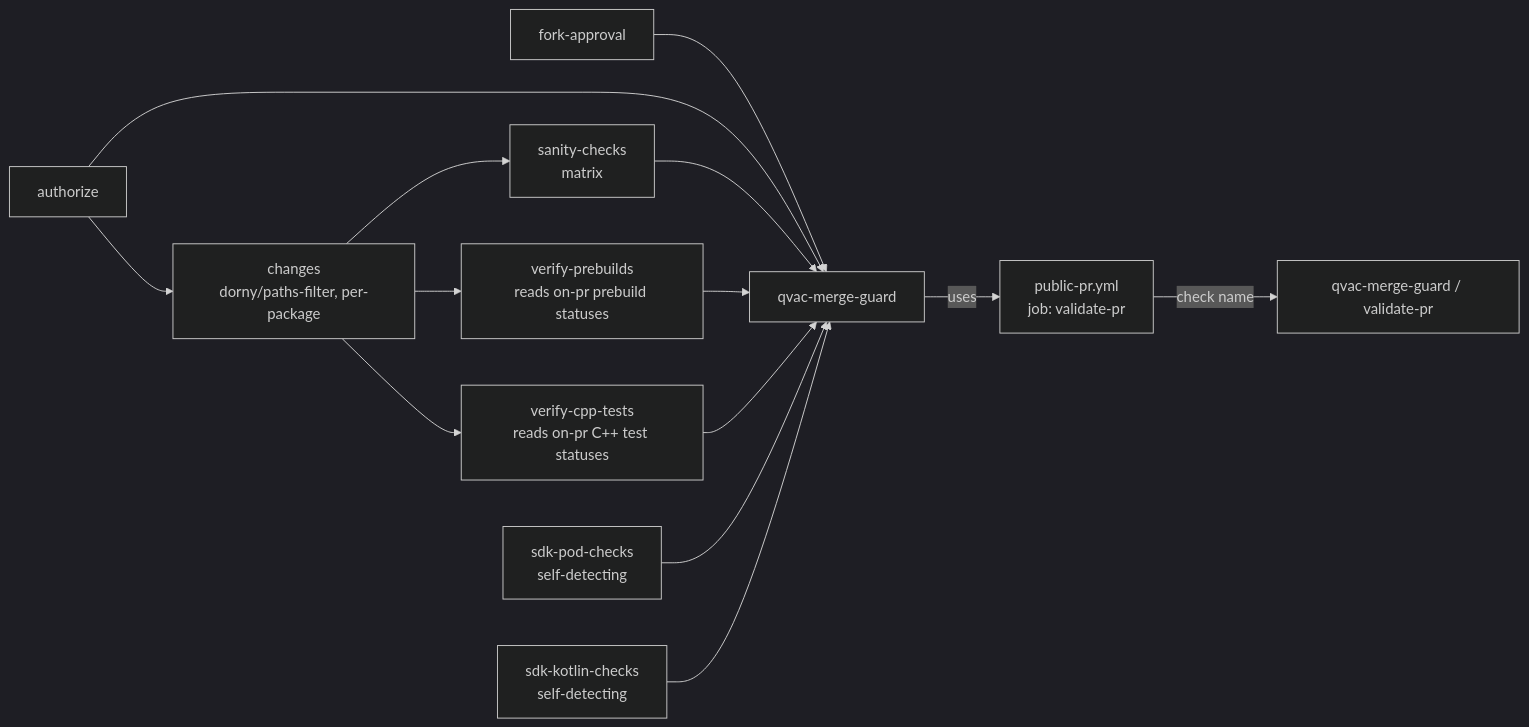
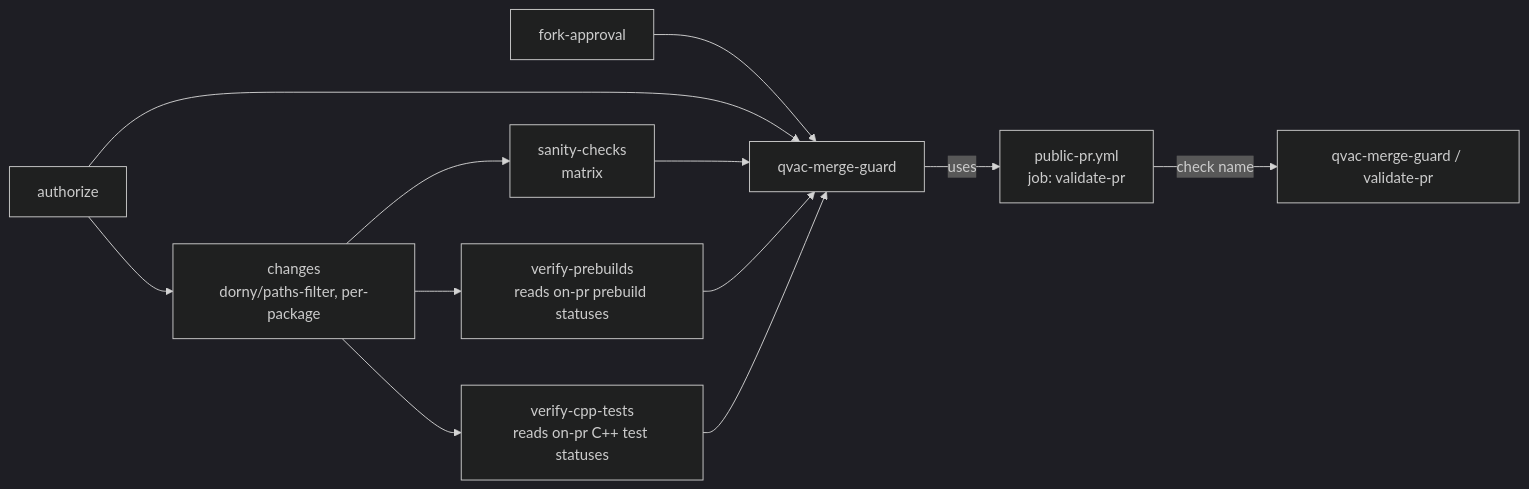
One commit to tetherto/qvac changed the diagram in docs/ci/MERGE-GUARD.md. Above: the diagram before and after it, drawn with Mermaid (dark theme). The commit also changed other lines of this file and 122 other files, not shown here.

Commit message:
infra[notask]: switch the SDK pod to the CI contract: delete the 30 workflows it replaces, point Merge Guard and the release train at the contract, fold the perf report into benchmarks.yml, drop sdk-pod-checks.json and four callerless actions, and update the docs

````diff
--- a/docs/ci/MERGE-GUARD.md
+++ b/docs/ci/MERGE-GUARD.md
@@ -27,16 +27,14 @@
 ```mermaid
 flowchart LR
     FA[fork-approval] --> QMG[qvac-merge-guard]
     AUTH[authorize] --> QMG
     AUTH --> CHANGES[changes<br/>dorny/paths-filter, per-package]
     CHANGES --> SC[sanity-checks<br/>matrix]
     CHANGES --> VP[verify-prebuilds<br/>reads on-pr prebuild statuses]
     CHANGES --> VC[verify-cpp-tests<br/>reads on-pr C++ test statuses]
     SC --> QMG
     VP --> QMG
     VC --> QMG
-    SDK[sdk-pod-checks<br/>self-detecting] --> QMG
-    SKC[sdk-kotlin-checks<br/>self-detecting] --> QMG
     QMG -->|uses| PP[public-pr.yml<br/>job: validate-pr]
     PP -->|check name| CHK["qvac-merge-guard / validate-pr"]
 ```
````
